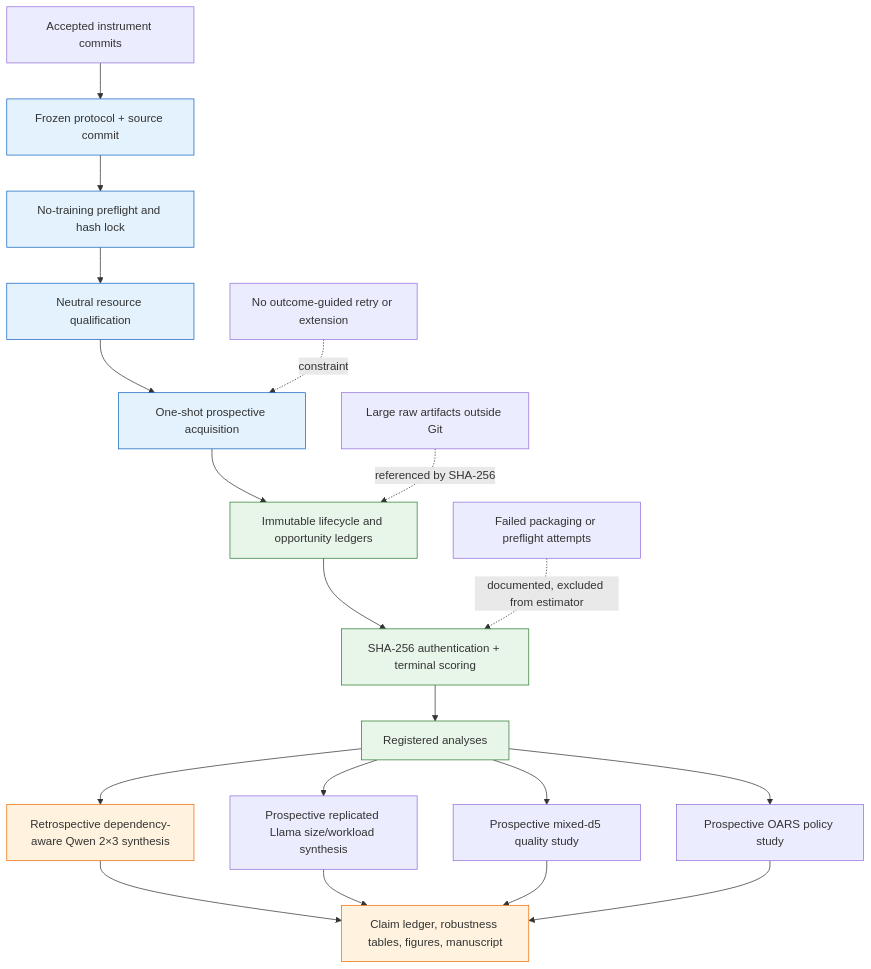
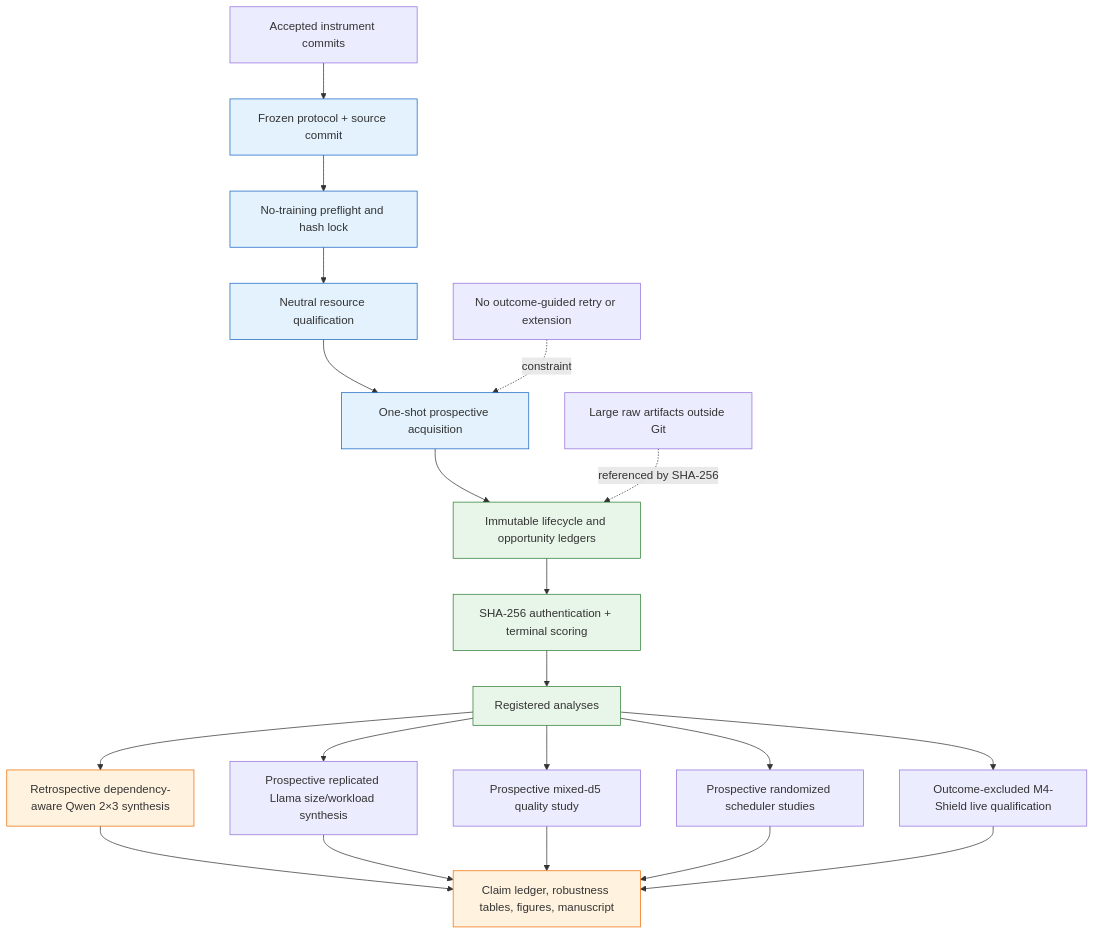
Before and after one commit to nvegesna-netizen/RL: the diagram in reports/auto_research/2026-09-08-m4-opportunity-loss-paper/provenance_diagram.md, drawn with Mermaid. The commit also changed other lines of this file and 22 other files, not shown here.

Commit message:
Integrate M4-Shield qualification into paper

````diff
--- a/reports/auto_research/2026-09-08-m4-opportunity-loss-paper/provenance_diagram.md
+++ b/reports/auto_research/2026-09-08-m4-opportunity-loss-paper/provenance_diagram.md
@@ -3,29 +3,30 @@
 ```mermaid
 flowchart TD
     I[Accepted instrument commits] --> P[Frozen protocol + source commit]
     P --> F[No-training preflight and hash lock]
     F --> Q[Neutral resource qualification]
     Q --> A[One-shot prospective acquisition]
     A --> R[Immutable lifecycle and opportunity ledgers]
     R --> H[SHA-256 authentication + terminal scoring]
     H --> G[Registered analyses]
     G --> S[Retrospective dependency-aware Qwen 2×3 synthesis]
     G --> L[Prospective replicated Llama size/workload synthesis]
     G --> D[Prospective mixed-d5 quality study]
-    G --> O[Prospective OARS policy study]
+    G --> O[Prospective randomized scheduler studies]
+    G --> K[Outcome-excluded M4-Shield live qualification]
     S --> M[Claim ledger, robustness tables, figures, manuscript]
     L --> M
     D --> M
     O --> M
+    K --> M
 
-    X[Failed packaging or preflight attempts] -. documented, excluded from estimator .-> H
     N[No outcome-guided retry or extension] -. constraint .-> A
     Z[Large raw artifacts outside Git] -. referenced by SHA-256 .-> R
 
     classDef frozen fill:#e3f2fd,stroke:#1565c0;
     classDef evidence fill:#e8f5e9,stroke:#2e7d32;
     classDef retrospective fill:#fff3e0,stroke:#ef6c00;
     class P,F,Q,A frozen;
     class R,H,G evidence;
     class S,M retrospective;
 ```
````
